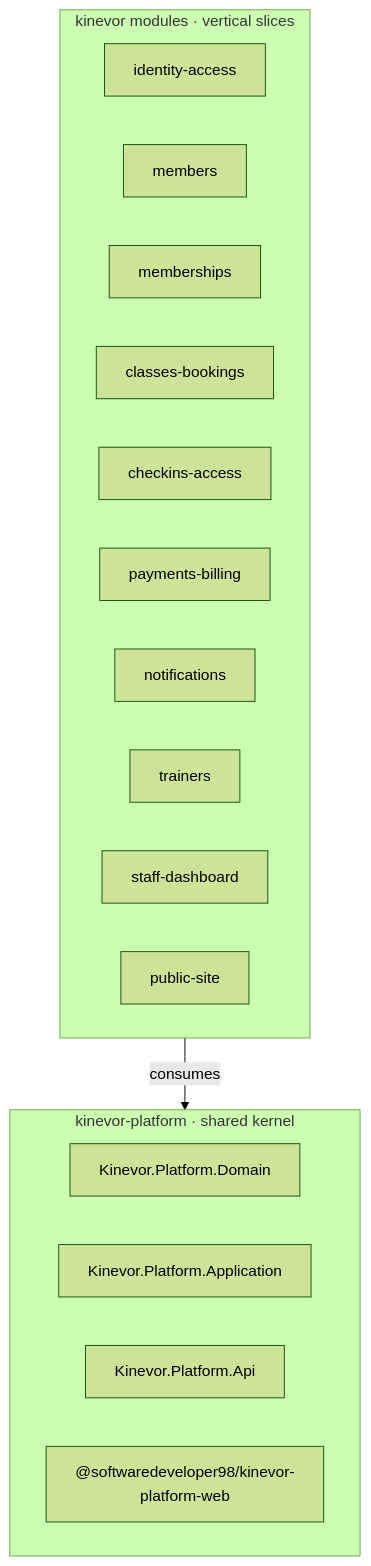
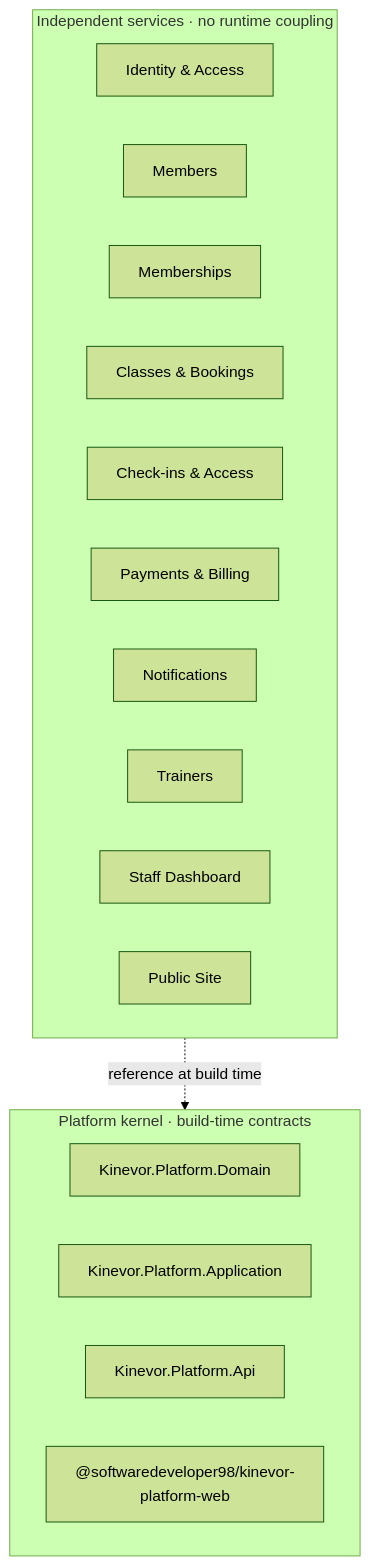
Before and after one commit to SoftwareDeveloper98/kinevor: the diagram in README.md, drawn with Mermaid (forest theme). The commit also changed other lines of this file and 106 other files, not shown here.

Commit message:
Prepare Kinevor monorepo for public showcase

````diff
--- a/README.md
+++ b/README.md
@@ -17,24 +84,24 @@
 ```mermaid
 flowchart TB
-    subgraph Platform["kinevor-platform · shared kernel"]
-        P1[Kinevor.Platform.Domain]
-        P2[Kinevor.Platform.Application]
-        P3[Kinevor.Platform.Api]
-        P4["@softwaredeveloper98/kinevor-platform-web"]
+    subgraph Platform["Platform kernel · build-time contracts"]
+        Domain["Kinevor.Platform.Domain"]
+        App["Kinevor.Platform.Application"]
+        Api["Kinevor.Platform.Api"]
+        Web["@softwaredeveloper98/kinevor-platform-web"]
     end
 
-    subgraph Modules["kinevor modules · vertical slices"]
-        ID[identity-access]
-        MB[members]
-        MS[memberships]
-        CB[classes-bookings]
-        CK[checkins-access]
-        PB[payments-billing]
-        NT[notifications]
-        TR[trainers]
-        SD[staff-dashboard]
-        PS[public-site]
+    subgraph Services["Independent services · no runtime coupling"]
+        ID["Identity & Access"]
+        MB["Members"]
+        MS["Memberships"]
+        CB["Classes & Bookings"]
+        CK["Check-ins & Access"]
+        PB["Payments & Billing"]
+        NT["Notifications"]
+        TR["Trainers"]
+        SD["Staff Dashboard"]
+        PS["Public Site"]
     end
 
-    Modules -->|consumes| Platform
+    Services -.->|"reference at build time"| Platform
 ```
````
